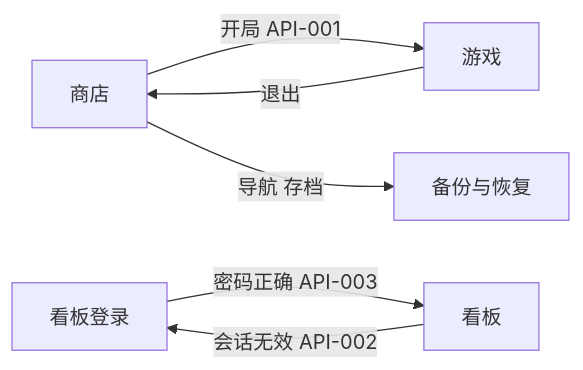
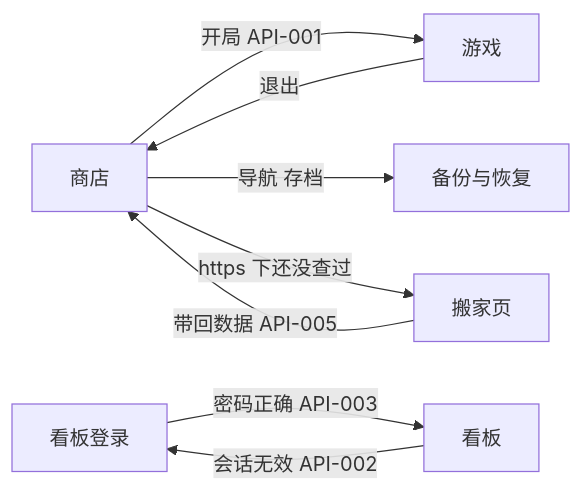
The sixth of 6 diagrams in docs/DESIGN.md (Bearisbug/Shoota), drawn with Mermaid before and after one commit. The commit also changed other lines of this file and 62 other files, not shown here.

````diff
--- a/docs/DESIGN.md
+++ b/docs/DESIGN.md
@@ -337,8 +463,10 @@
 ```mermaid
 flowchart LR
   PAGE_STORE[商店] -->|开局 API-001| PAGE_PLAYER[游戏]
   PAGE_STORE -->|导航 存档| PAGE_BACKUP[备份与恢复]
   PAGE_PLAYER -->|退出| PAGE_STORE
   PAGE_KANBAN_LOGIN[看板登录] -->|密码正确 API-003| PAGE_KANBAN[看板]
   PAGE_KANBAN -->|会话无效 API-002| PAGE_KANBAN_LOGIN
+  PAGE_STORE -->|https 下还没查过| PAGE_MOVE[搬家页]
+  PAGE_MOVE -->|带回数据 API-005| PAGE_STORE
 ```
````
